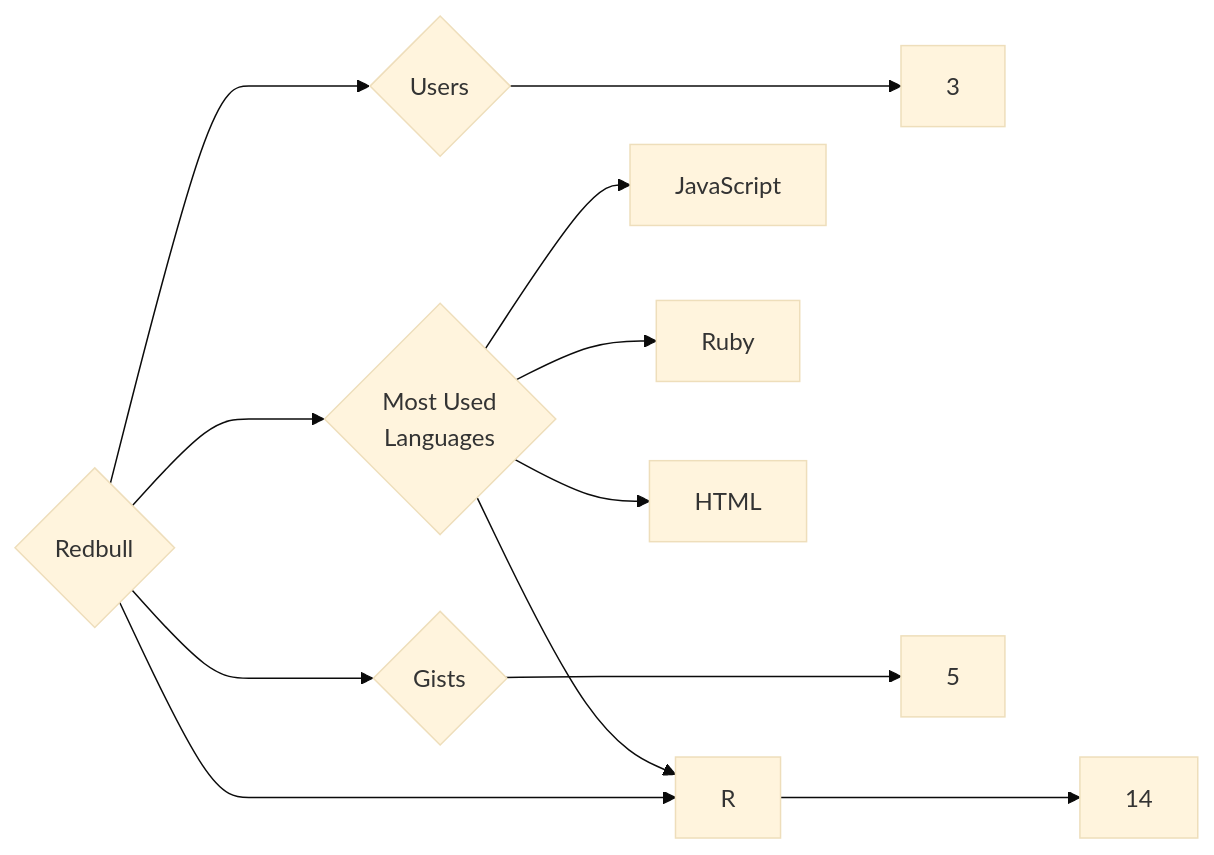
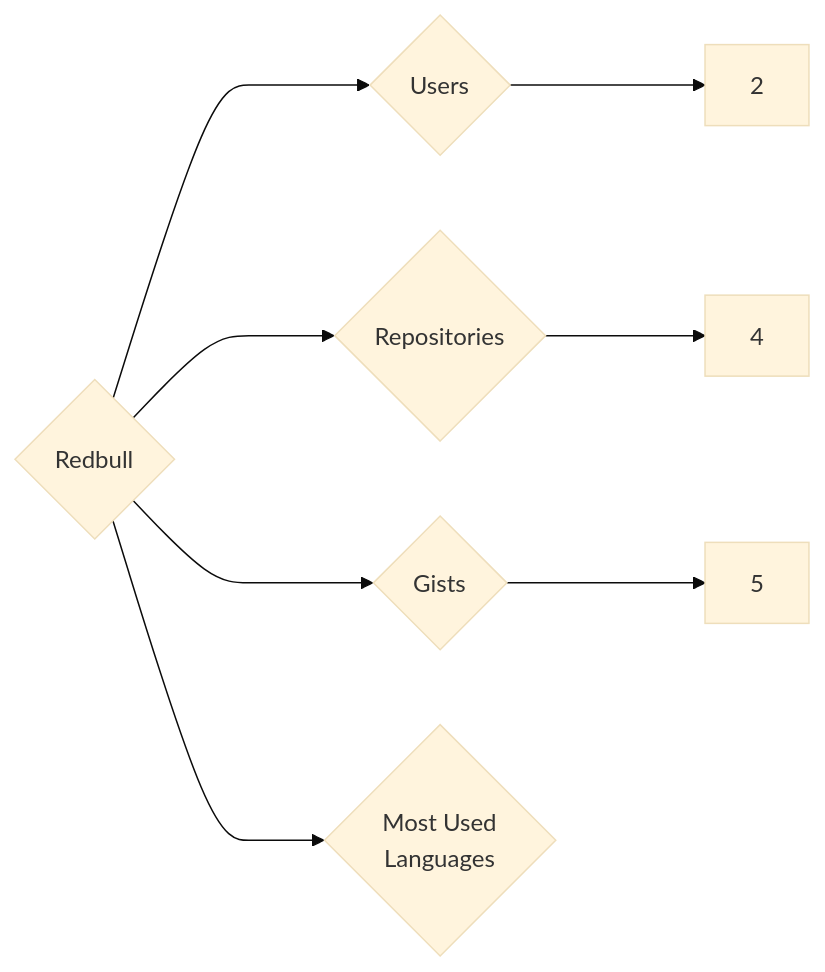
The diagram in targets/Redbull/README.md (trickest/insiders), drawn with Mermaid (base theme) before and after one commit. The commit also changed 939 other files, not shown here.

````diff
--- a/targets/Redbull/README.md
+++ b/targets/Redbull/README.md
@@ -3,12 +3,8 @@
 ```mermaid
 graph LR
 COMPANY_NAME{Redbull}
-COMPANY_NAME ---> U{Users} ---> UN[3]
-COMPANY_NAME ---> R{Repositories} ---> RN[14]
+COMPANY_NAME ---> U{Users} ---> UN[2]
+COMPANY_NAME ---> R{Repositories} ---> RN[4]
 COMPANY_NAME ---> G{Gists} ---> GN[5]
 COMPANY_NAME ---> ML{Most Used<br>Languages}
-ML --> JavaScript[JavaScript]
-ML --> Ruby[Ruby]
-ML --> HTML[HTML]
-ML --> R[R]
 ```
````
